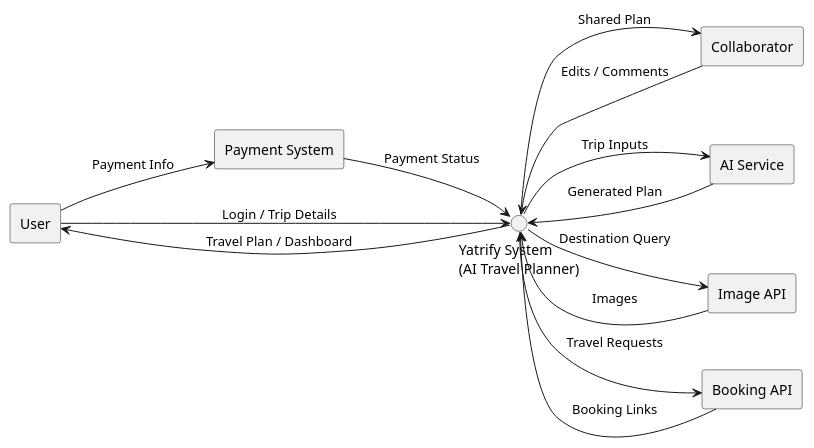
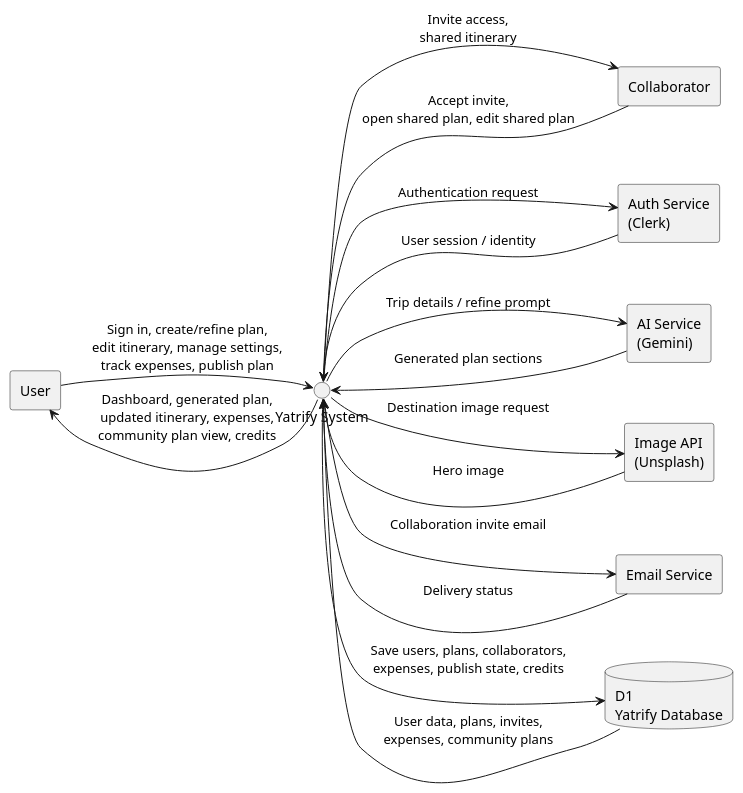
One commit to naishil19/Yatrify changed the diagram in Diagram/dfd0.plantuml. Above: the diagram before and after it, drawn with PlantUML. The commit also changed 13 other files, not shown here.

```diff
--- a/Diagram/dfd0.plantuml
+++ b/Diagram/dfd0.plantuml
@@ -1,41 +1,44 @@
 @startuml
 left to right direction
 skinparam monochrome true
 skinparam shadowing false
 
-' ================= ENTITIES =================
+' ================= EXTERNAL ENTITIES =================
 rectangle "User" as User
 rectangle "Collaborator" as Collab
-rectangle "AI Service" as AI
-rectangle "Payment System" as Pay
-rectangle "Image API" as Img
-rectangle "Booking API" as Book
+rectangle "Auth Service\n(Clerk)" as Auth
+rectangle "AI Service\n(Gemini)" as AI
+rectangle "Image API\n(Unsplash)" as Img
+rectangle "Email Service" as Email
 
-' ================= SYSTEM =================
-circle "Yatrify System\n(AI Travel Planner)" as System
+' ================= MAIN PROCESS =================
+Circle "Yatrify System" as System
 
-' ================= FLOWS =================
+' ================= DATA STORE =================
+database "D1\nYatrify Database" as DB
 
-' User (Top)
-User --> System : Login / Trip Details
-System --> User : Travel Plan / Dashboard
+' ================= USER FLOWS =================
+User --> System : Sign in, create/refine plan,\nedit itinerary, manage settings,\ntrack expenses, publish plan
+System --> User : Dashboard, generated plan,\nupdated itinerary, expenses,\ncommunity plan view, credits
 
-' Left Side
-Collab --> System : Edits / Comments
-System --> Collab : Shared Plan
+Collab --> System : Accept invite,\nopen shared plan, edit shared plan
+System --> Collab : Invite access,\nshared itinerary
 
-' Right Side APIs
-System --> AI : Trip Inputs
-AI --> System : Generated Plan
+' ================= SERVICE FLOWS =================
+System --> Auth : Authentication request
+Auth --> System : User session / identity
 
-System --> Img : Destination Query
-Img --> System : Images
+System --> AI : Trip details / refine prompt
+AI --> System : Generated plan sections
 
-System --> Book : Travel Requests
-Book --> System : Booking Links
+System --> Img : Destination image request
+Img --> System : Hero image
 
-' Bottom Payment
-User --> Pay : Payment Info
-Pay --> System : Payment Status
+System --> Email : Collaboration invite email
+Email --> System : Delivery status
+
+' ================= DATA STORE FLOWS =================
+System --> DB : Save users, plans, collaborators,\nexpenses, publish state, credits
+DB --> System : User data, plans, invites,\nexpenses, community plans
 
 @enduml
```
